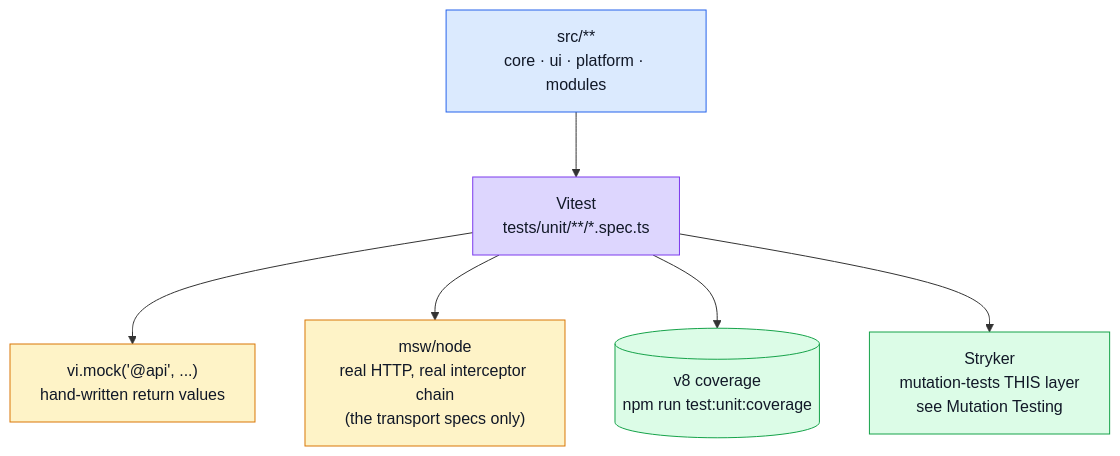
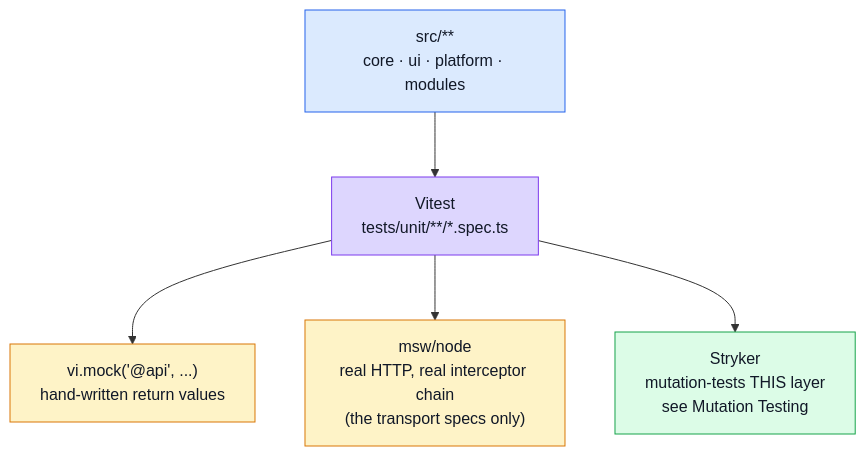
One commit to Guebbit/boilerplate-vue-frontend changed the diagram in docs/tools/unit-testing.md. Above: the diagram before and after it, drawn with Mermaid. The commit also changed other lines of this file and 27 other files, not shown here.

````diff
--- a/docs/tools/unit-testing.md
+++ b/docs/tools/unit-testing.md
@@ -18,18 +18,17 @@
 ```mermaid
 %%{init: {'flowchart': {'nodeSpacing': 50, 'rankSpacing': 65}}}%%
 flowchart TB
     Source["src/**\ncore · ui · platform · modules"] --> Unit["Vitest\ntests/unit/**/*.spec.ts"]
     Unit --> ModuleMock["vi.mock('@api', ...)\nhand-written return values"]
     Unit --> NodeMSW["msw/node\nreal HTTP, real interceptor chain\n(the transport specs only)"]
-    Unit --> Coverage[("v8 coverage\nnpm run test:unit:coverage")]
     Unit --> Mutation["Stryker\nmutation-tests THIS layer\nsee Mutation Testing"]
 
     classDef src fill:#dbeafe,stroke:#2563eb,color:#111827;
     classDef test fill:#ddd6fe,stroke:#7c3aed,color:#111827;
     classDef mock fill:#fef3c7,stroke:#d97706,color:#111827;
     classDef out fill:#dcfce7,stroke:#16a34a,color:#111827;
     class Source src;
     class Unit test;
     class ModuleMock,NodeMSW mock;
-    class Coverage,Mutation out;
+    class Mutation out;
 ```
````
